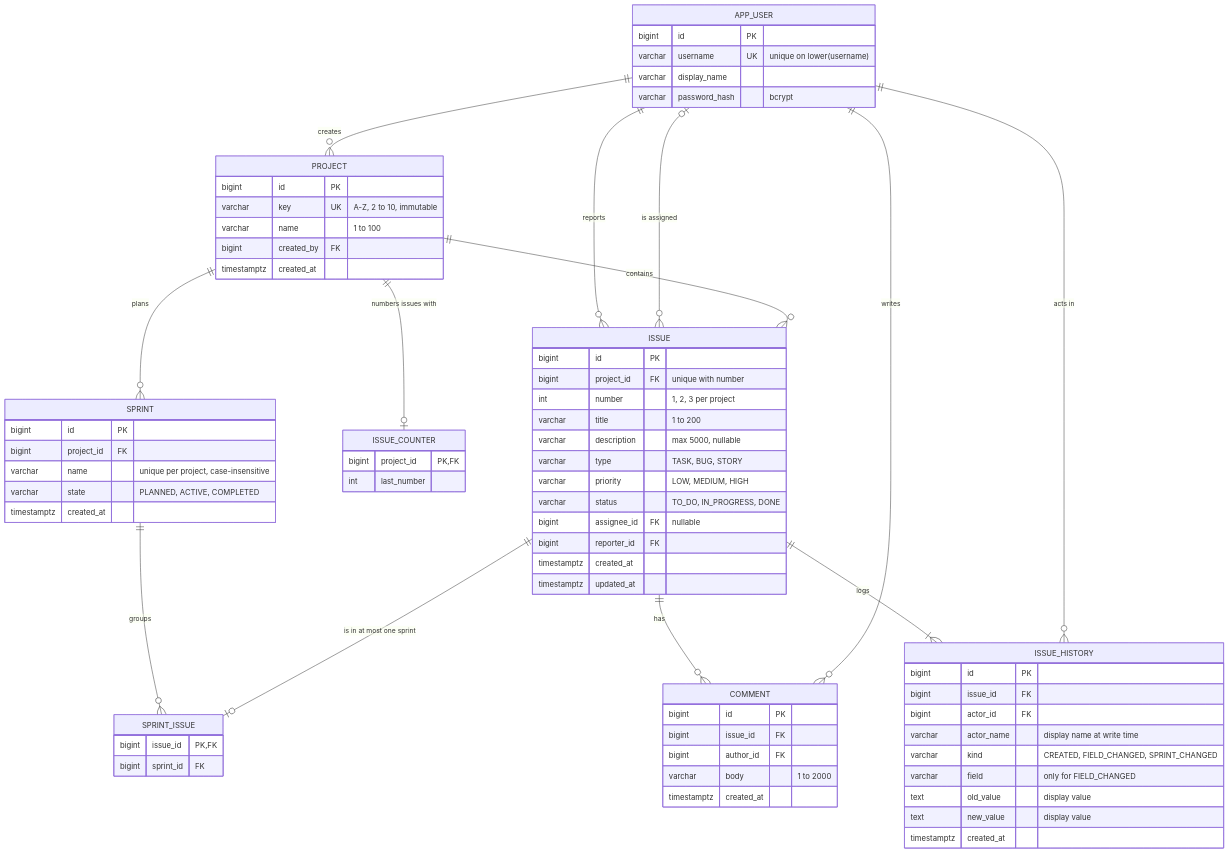
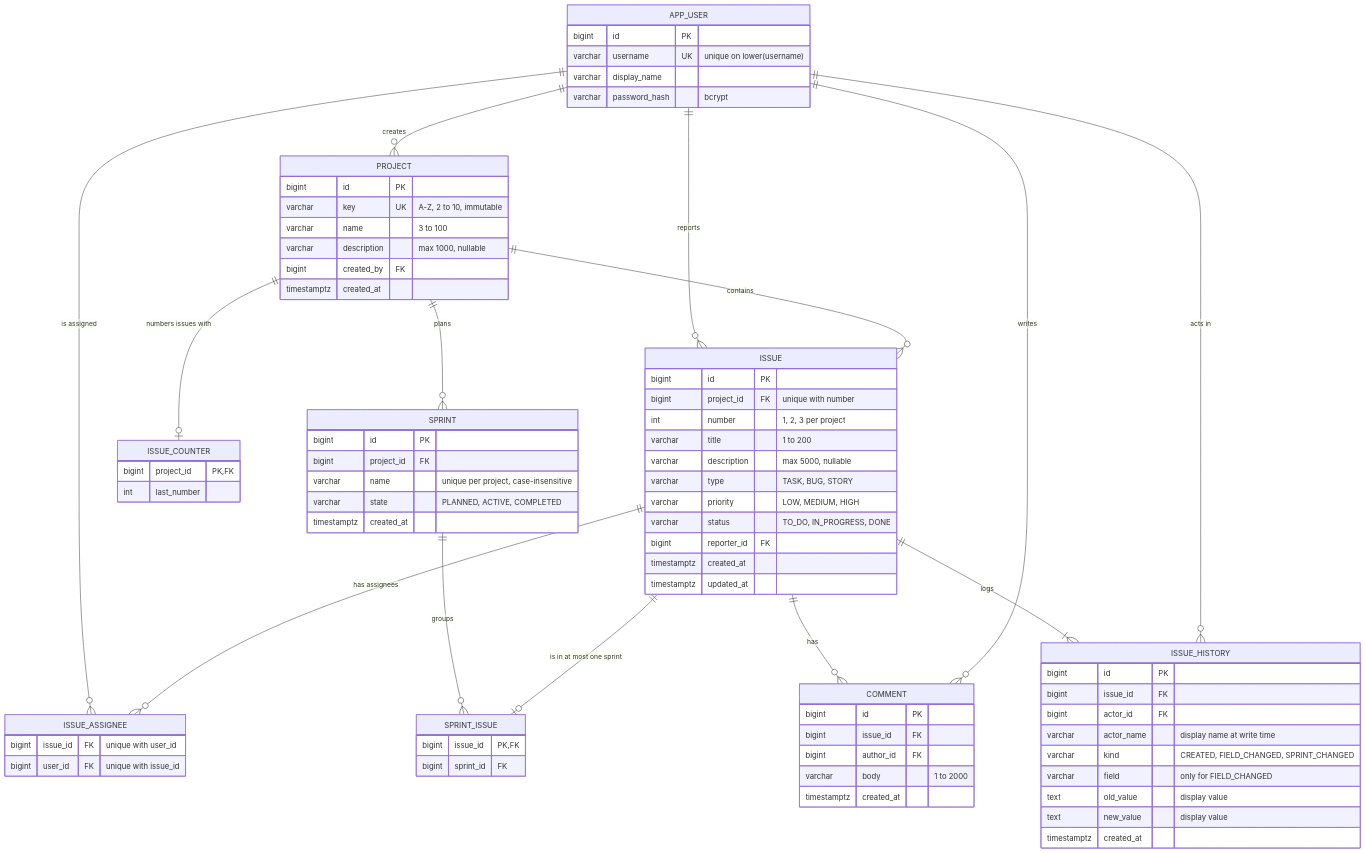
Before and after one commit to rueloparente-ppb/matriz: the diagram in docs/database.md, drawn with Mermaid. The commit also changed other lines of this file and 23 other files, not shown here.

````diff
--- a/docs/database.md
+++ b/docs/database.md
@@ -122,76 +130,81 @@
 ```mermaid
 erDiagram
     APP_USER ||--o{ PROJECT : "creates"
     APP_USER ||--o{ ISSUE : "reports"
-    APP_USER |o--o{ ISSUE : "is assigned"
+    APP_USER ||--o{ ISSUE_ASSIGNEE : "is assigned"
+    ISSUE ||--o{ ISSUE_ASSIGNEE : "has assignees"
     PROJECT ||--o{ ISSUE : "contains"
     PROJECT ||--o| ISSUE_COUNTER : "numbers issues with"
     PROJECT ||--o{ SPRINT : "plans"
     SPRINT ||--o{ SPRINT_ISSUE : "groups"
     ISSUE ||--o| SPRINT_ISSUE : "is in at most one sprint"
     ISSUE ||--o{ COMMENT : "has"
     APP_USER ||--o{ COMMENT : "writes"
     ISSUE ||--|{ ISSUE_HISTORY : "logs"
     APP_USER ||--o{ ISSUE_HISTORY : "acts in"
 
     APP_USER {
         bigint id PK
         varchar username UK "unique on lower(username)"
         varchar display_name
         varchar password_hash "bcrypt"
     }
     PROJECT {
         bigint id PK
         varchar key UK "A-Z, 2 to 10, immutable"
-        varchar name "1 to 100"
+        varchar name "3 to 100"
+        varchar description "max 1000, nullable"
         bigint created_by FK
         timestamptz created_at
     }
     ISSUE_COUNTER {
         bigint project_id PK, FK
         int last_number
     }
     ISSUE {
         bigint id PK
         bigint project_id FK "unique with number"
         int number "1, 2, 3 per project"
         varchar title "1 to 200"
         varchar description "max 5000, nullable"
         varchar type "TASK, BUG, STORY"
         varchar priority "LOW, MEDIUM, HIGH"
         varchar status "TO_DO, IN_PROGRESS, DONE"
-        bigint assignee_id FK "nullable"
         bigint reporter_id FK
         timestamptz created_at
         timestamptz updated_at
+    }
+    ISSUE_ASSIGNEE {
+        bigint issue_id FK "unique with user_id"
+        bigint user_id FK "unique with issue_id"
     }
     SPRINT {
         bigint id PK
         bigint project_id FK
         varchar name "unique per project, case-insensitive"
         varchar state "PLANNED, ACTIVE, COMPLETED"
         timestamptz created_at
     }
     SPRINT_ISSUE {
         bigint issue_id PK, FK
         bigint sprint_id FK
     }
     COMMENT {
         bigint id PK
         bigint issue_id FK
         bigint author_id FK
         varchar body "1 to 2000"
         timestamptz created_at
     }
     ISSUE_HISTORY {
         bigint id PK
         bigint issue_id FK
         bigint actor_id FK
         varchar actor_name "display name at write time"
         varchar kind "CREATED, FIELD_CHANGED, SPRINT_CHANGED"
         varchar field "only for FIELD_CHANGED"
         text old_value "display value"
         text new_value "display value"
         timestamptz created_at
     }
 ```
````
